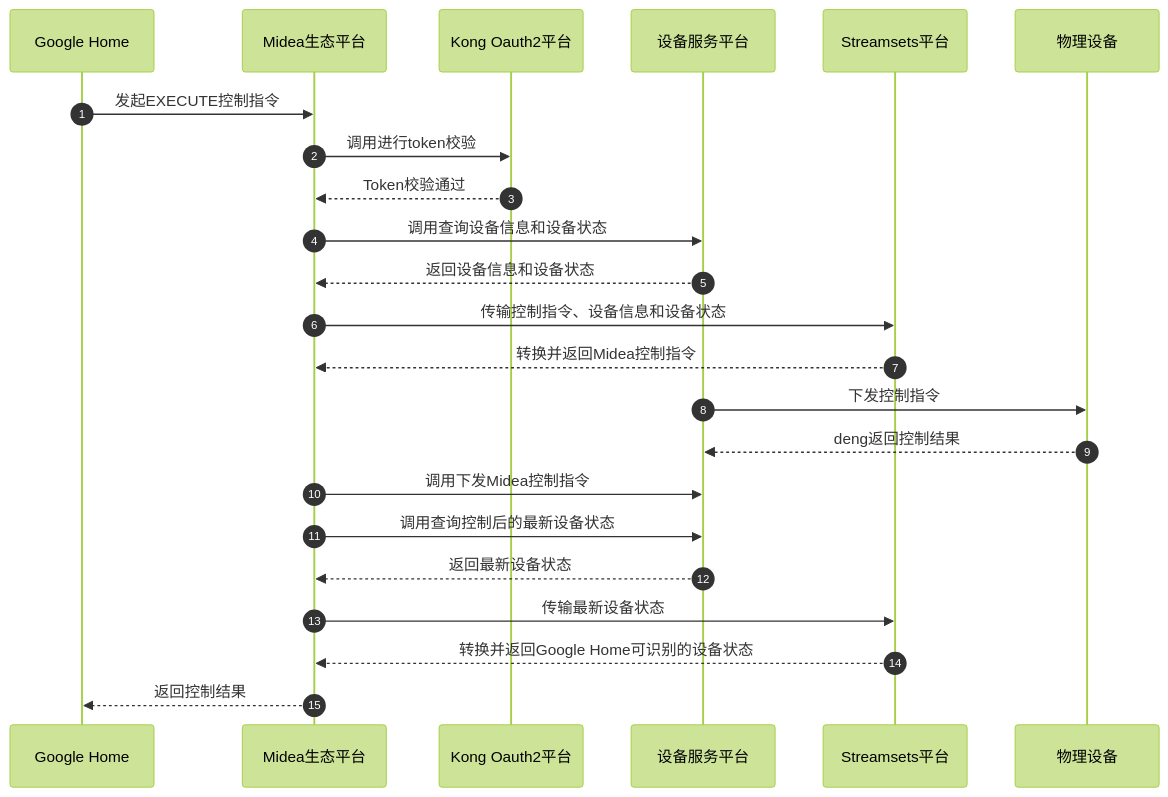
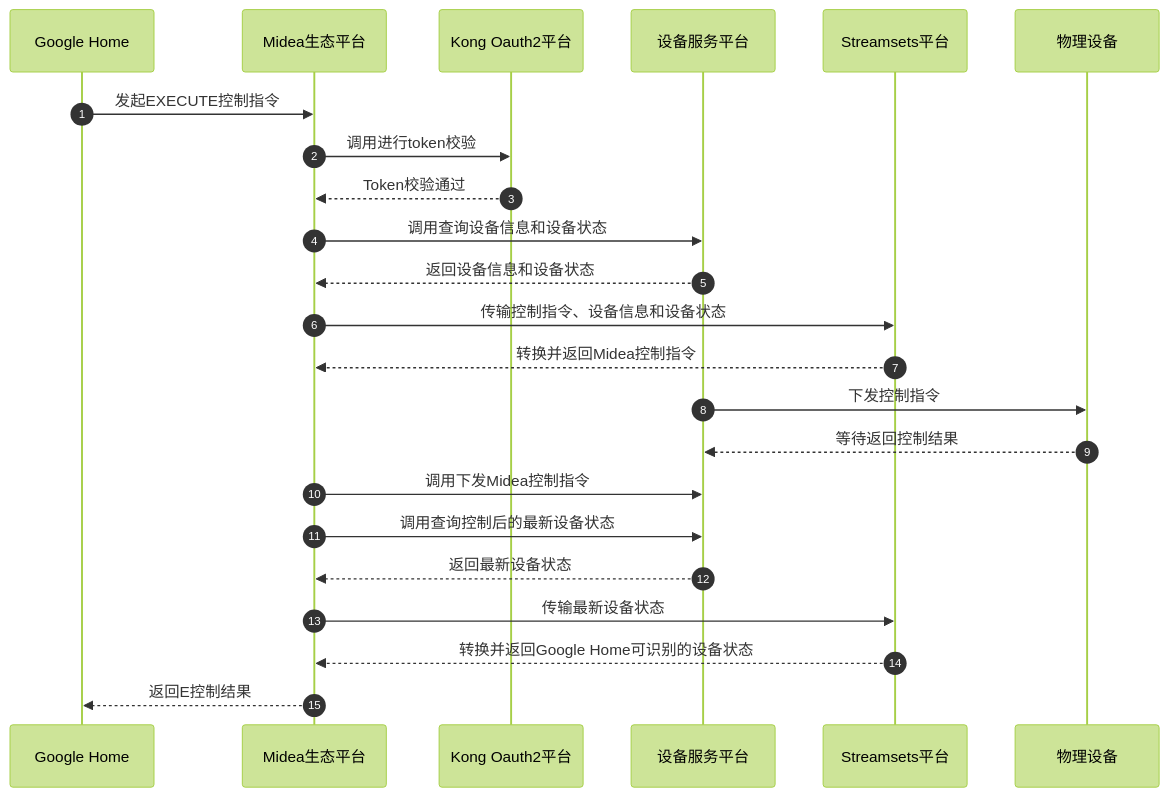
One commit to ixiaoyang8/iodraw-files changed the diagram in all/未命名-19.md. Above: the diagram before and after it, drawn with Mermaid (forest theme).

Commit message:
2026-06-11 11:20:13 update

````diff
--- a/all/未命名-19.md
+++ b/all/未命名-19.md
@@ -1,28 +1,28 @@
 ```mermaid
 sequenceDiagram
     autonumber
     participant GoogleHome as Google Home
     participant MideaEco as Midea生态平台
     participant KongOAuth as Kong Oauth2平台
     participant DevService as 设备服务平台
     participant Streamsets as Streamsets平台
     participant Device as 物理设备
     
 
     GoogleHome->>MideaEco: 发起EXECUTE控制指令
     MideaEco->>KongOAuth: 调用进行token校验
     KongOAuth-->>MideaEco: Token校验通过
     MideaEco->>DevService: 调用查询设备信息和设备状态
     DevService-->>MideaEco: 返回设备信息和设备状态
     MideaEco->>Streamsets: 传输控制指令、设备信息和设备状态
     Streamsets-->>MideaEco: 转换并返回Midea控制指令
     DevService->>Device: 下发控制指令
-    Device-->>DevService: deng返回控制结果
+    Device-->>DevService: 等待返回控制结果
     MideaEco->>DevService: 调用下发Midea控制指令
     MideaEco->>DevService: 调用查询控制后的最新设备状态
     DevService-->>MideaEco: 返回最新设备状态
     MideaEco->>Streamsets: 传输最新设备状态
     Streamsets-->>MideaEco: 转换并返回Google Home可识别的设备状态
-    MideaEco-->>GoogleHome: 返回控制结果
+    MideaEco-->>GoogleHome: 返回E控制结果
 
 ```
````
